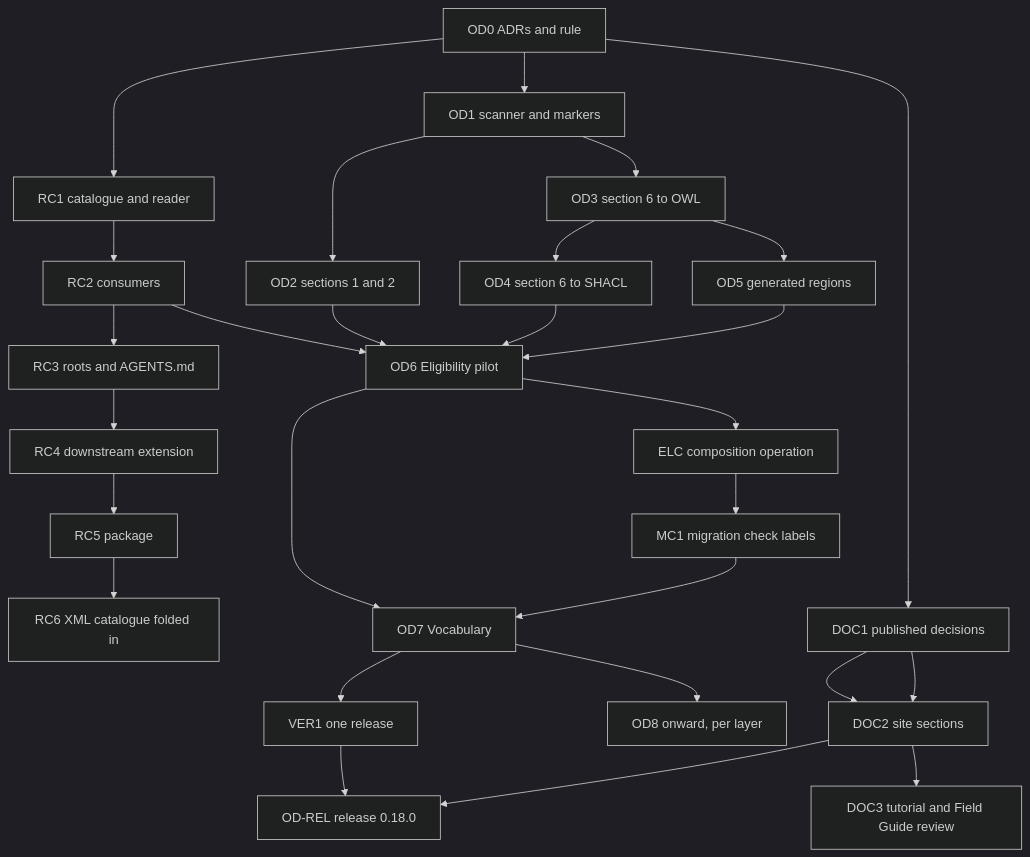
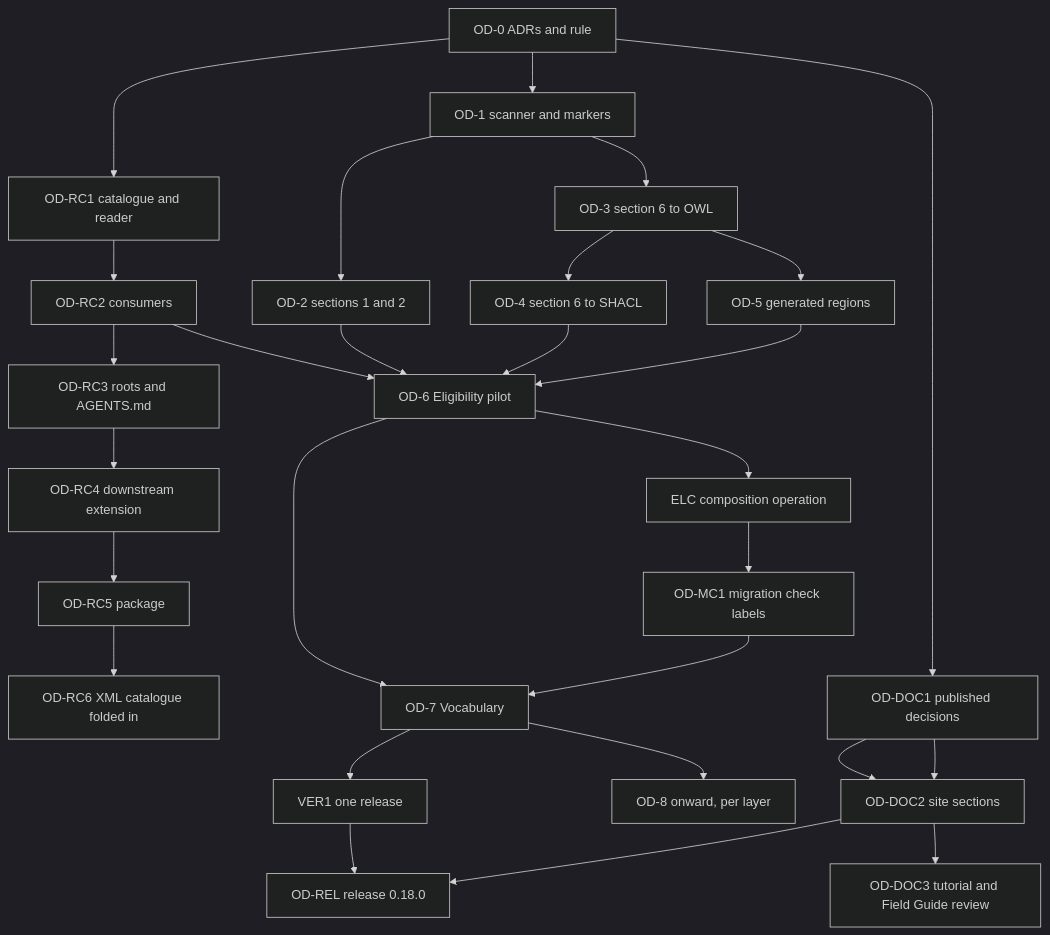
One commit to nebularis/lattice changed the diagram in docs/developer/plans/improved-ontology-documentation.md. Above: the diagram before and after it, drawn with Mermaid (dark theme). The commit also changed other lines of this file and 422 other files, not shown here.

````diff
--- a/docs/developer/plans/improved-ontology-documentation.md
+++ b/docs/developer/plans/improved-ontology-documentation.md
@@ -219,30 +219,30 @@
 ```mermaid
 flowchart TB
-    OD0["OD0 ADRs and rule"] --> RC1["RC1 catalogue and reader"]
-    OD0 --> OD1["OD1 scanner and markers"]
-    RC1 --> RC2["RC2 consumers"]
-    RC2 --> RC3["RC3 roots and AGENTS.md"]
-    OD1 --> OD2["OD2 sections 1 and 2"]
-    OD1 --> OD3["OD3 section 6 to OWL"]
-    OD3 --> OD4["OD4 section 6 to SHACL"]
-    OD3 --> OD5["OD5 generated regions"]
-    RC2 --> OD6
-    OD2 --> OD6["OD6 Eligibility pilot"]
-    OD4 --> OD6
-    OD5 --> OD6
-    OD6 --> OD7["OD7 Vocabulary"]
-    OD6 --> ELC["ELC composition operation"]
-    ELC --> MC1["MC1 migration check labels"]
-    MC1 --> OD7
-    OD7 --> VER1["VER1 one release"]
+    OD-0["OD-0 ADRs and rule"] --> OD-RC1["OD-RC1 catalogue and reader"]
+    OD-0 --> OD-1["OD-1 scanner and markers"]
+    OD-RC1 --> OD-RC2["OD-RC2 consumers"]
+    OD-RC2 --> OD-RC3["OD-RC3 roots and AGENTS.md"]
+    OD-1 --> OD-2["OD-2 sections 1 and 2"]
+    OD-1 --> OD-3["OD-3 section 6 to OWL"]
+    OD-3 --> OD-4["OD-4 section 6 to SHACL"]
+    OD-3 --> OD-5["OD-5 generated regions"]
+    OD-RC2 --> OD-6
+    OD-2 --> OD-6["OD-6 Eligibility pilot"]
+    OD-4 --> OD-6
+    OD-5 --> OD-6
+    OD-6 --> OD-7["OD-7 Vocabulary"]
+    OD-6 --> ELC["ELC composition operation"]
+    ELC --> OD-MC1["OD-MC1 migration check labels"]
+    OD-MC1 --> OD-7
+    OD-7 --> VER1["VER1 one release"]
     VER1 --> REL["OD-REL release 0.18.0"]
-    DOC1 --> DOC2
-    DOC2 --> REL
-    OD7 --> MIG["OD8 onward, per layer"]
-    OD0 --> DOC1["DOC1 published decisions"]
-    DOC1 --> DOC2["DOC2 site sections"]
-    DOC2 --> DOC3["DOC3 tutorial and Field Guide review"]
-    RC3 --> RC4["RC4 downstream extension"]
-    RC4 --> RC5["RC5 package"]
-    RC5 --> RC6["RC6 XML catalogue folded in"]
+    OD-DOC1 --> OD-DOC2
+    OD-DOC2 --> REL
+    OD-7 --> MIG["OD-8 onward, per layer"]
+    OD-0 --> OD-DOC1["OD-DOC1 published decisions"]
+    OD-DOC1 --> OD-DOC2["OD-DOC2 site sections"]
+    OD-DOC2 --> OD-DOC3["OD-DOC3 tutorial and Field Guide review"]
+    OD-RC3 --> OD-RC4["OD-RC4 downstream extension"]
+    OD-RC4 --> OD-RC5["OD-RC5 package"]
+    OD-RC5 --> OD-RC6["OD-RC6 XML catalogue folded in"]
 ```
````
